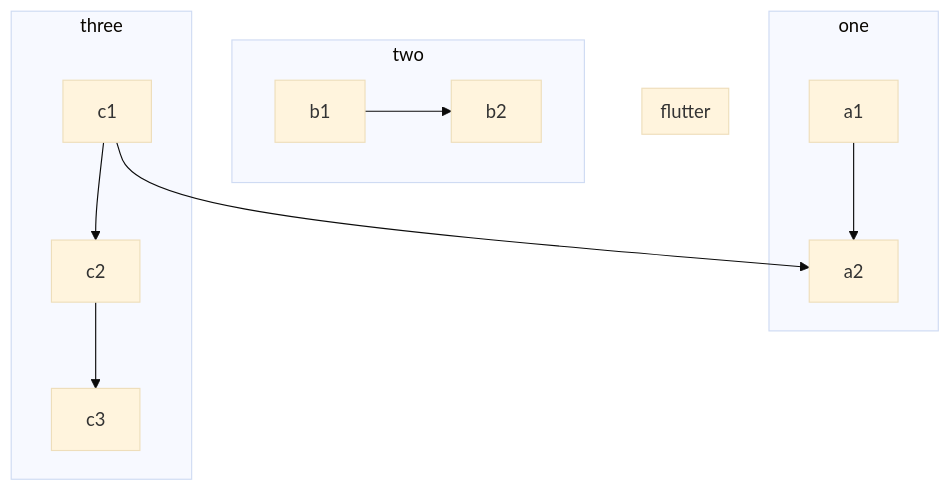
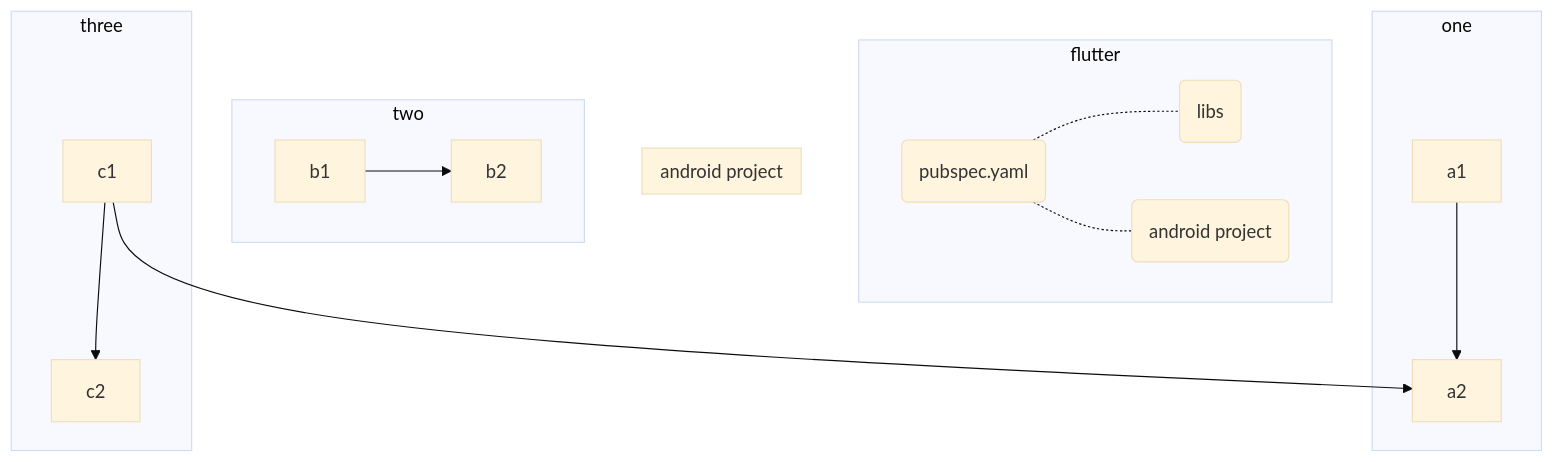
One commit to gordianknotC/nxp_note changed the second of 2 diagrams in flutter/addAndroidProjIntoFlutter.md. Above: the diagram before and after it, drawn with Mermaid (base theme). The commit also changed other lines of this file, not shown here.

Commit message:
flutter/addAndroidProjIntoFlutter.md updated from https://stackedit.io/

````diff
--- a/flutter/addAndroidProjIntoFlutter.md
+++ b/flutter/addAndroidProjIntoFlutter.md
@@ -225,16 +225,19 @@
 ```mermaid
 graph TB
 	subgraph flutter
-		
+		FP(pubspec.yaml) -.- FL(libs)
+		FP -.- FA(android project)
+	end
+	subgraph android project
 	end
 	c1-->a2
     subgraph one
     a1-->a2
     end
     subgraph two
     b1-->b2
     end
     subgraph three
-    c1-->c2-->c3
+    c1-->c2
     end
 ```
````
